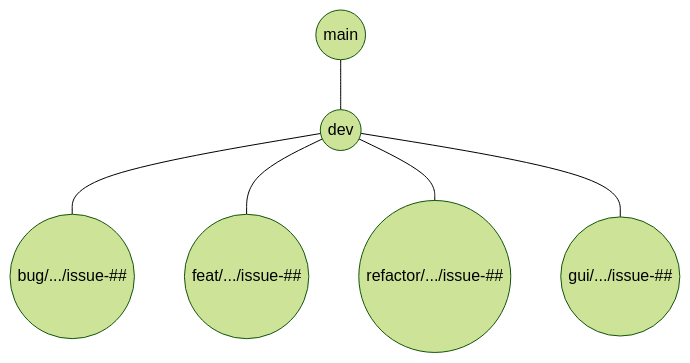
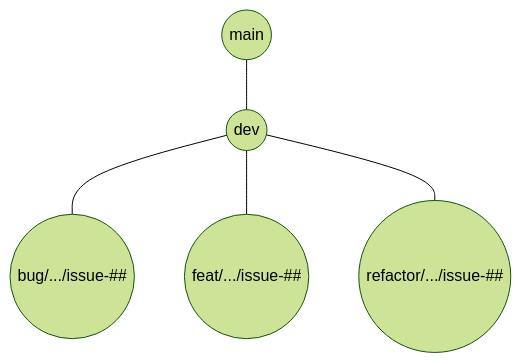
Before and after one commit to Kaholaz/quizmaker: the diagram in README.md, drawn with Mermaid (forest theme). The commit also changed other lines of this file, not shown here.

Commit message:
Removed gui/..../issue-##. Only feat/, refactor/ or bug/ should be used instead.

````diff
--- a/README.md
+++ b/README.md
@@ -3,18 +3,15 @@
 ```mermaid
 graph TD
    a((main))
    b((dev))
-   
-   e((gui/.../issue-##))
    
    
    h((bug/.../issue-##))
    i((feat/.../issue-##))
    j((refactor/.../issue-##))
    
    a---b
    b---h
    b---i
    b---j
-   b---e
 ```
````
